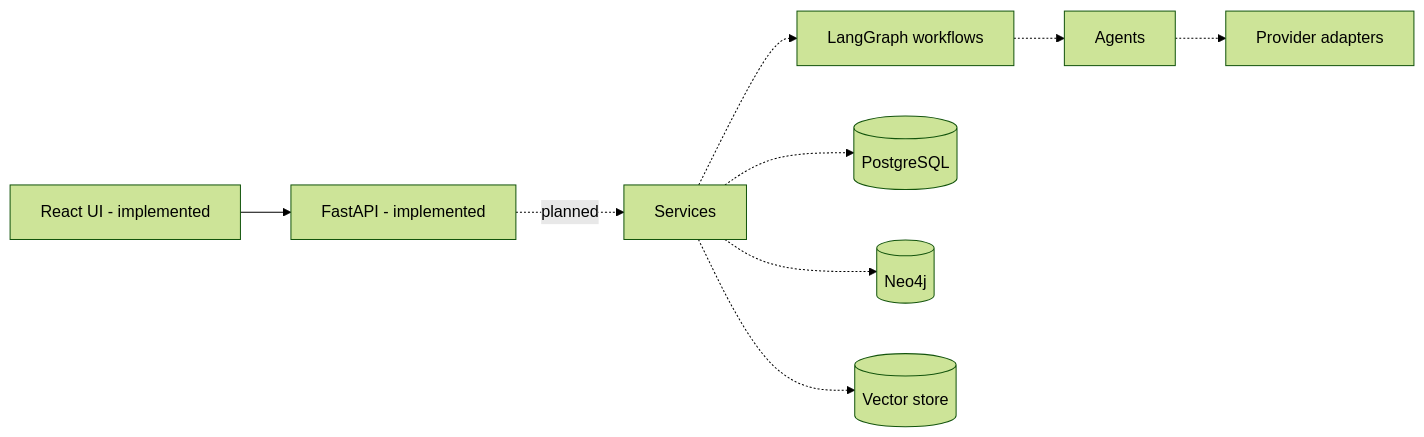
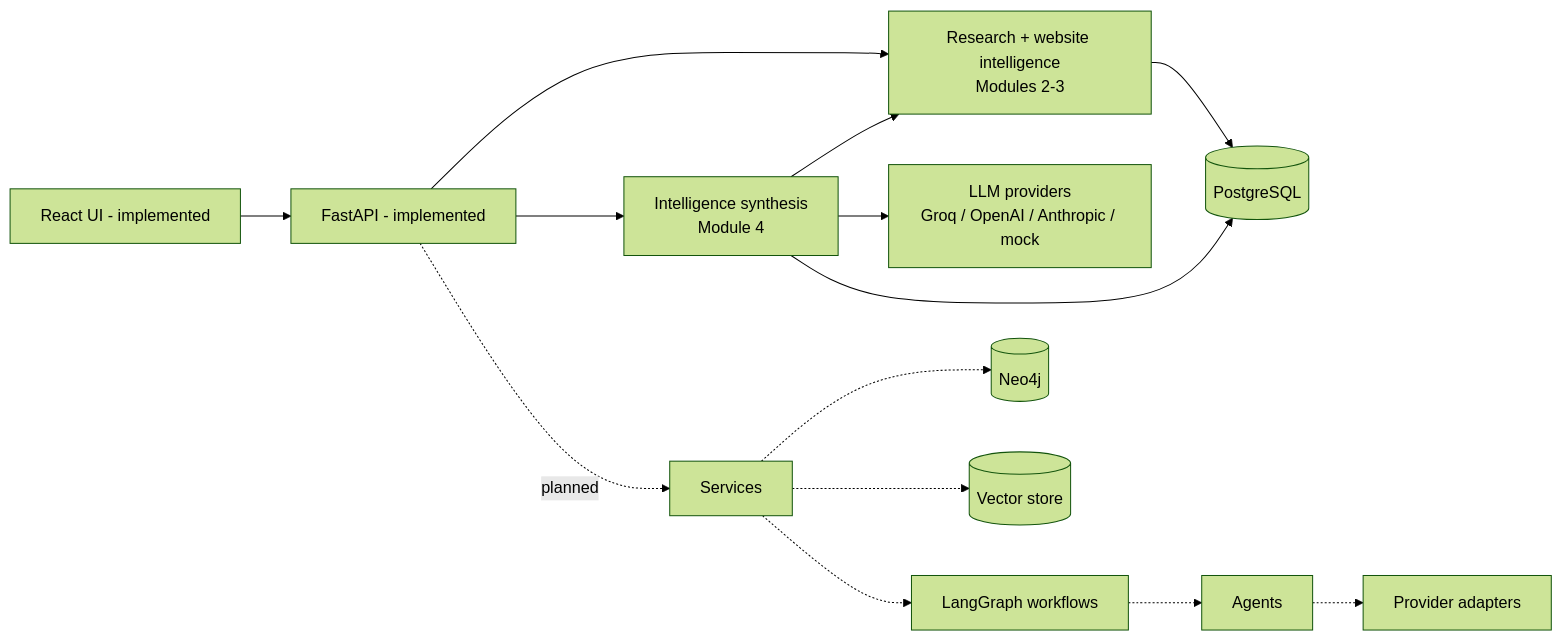
Before and after one commit to sushanth1551/Aurora: the diagram in docs/architecture.md, drawn with Mermaid (forest theme). The commit also changed other lines of this file and 64 other files, not shown here.

First line of the commit message:
feat: complete AI research and Groq integration

````diff
--- a/docs/architecture.md
+++ b/docs/architecture.md
@@ -12,11 +21,16 @@
 ```mermaid
 flowchart LR
   UI[React UI - implemented] --> API[FastAPI - implemented]
+  API --> RS[Research + website intelligence<br/>Modules 2-3]
+  API --> IS[Intelligence synthesis<br/>Module 4]
+  IS --> LLM[LLM providers<br/>Groq / OpenAI / Anthropic / mock]
+  IS --> RS
+  RS --> PG[(PostgreSQL)]
+  IS --> PG
   API -.planned.-> SVC[Services]
   SVC -.-> WF[LangGraph workflows]
   WF -.-> AG[Agents]
   AG -.-> TOOLS[Provider adapters]
-  SVC -.-> PG[(PostgreSQL)]
   SVC -.-> N4[(Neo4j)]
   SVC -.-> VEC[(Vector store)]
 ```
````
